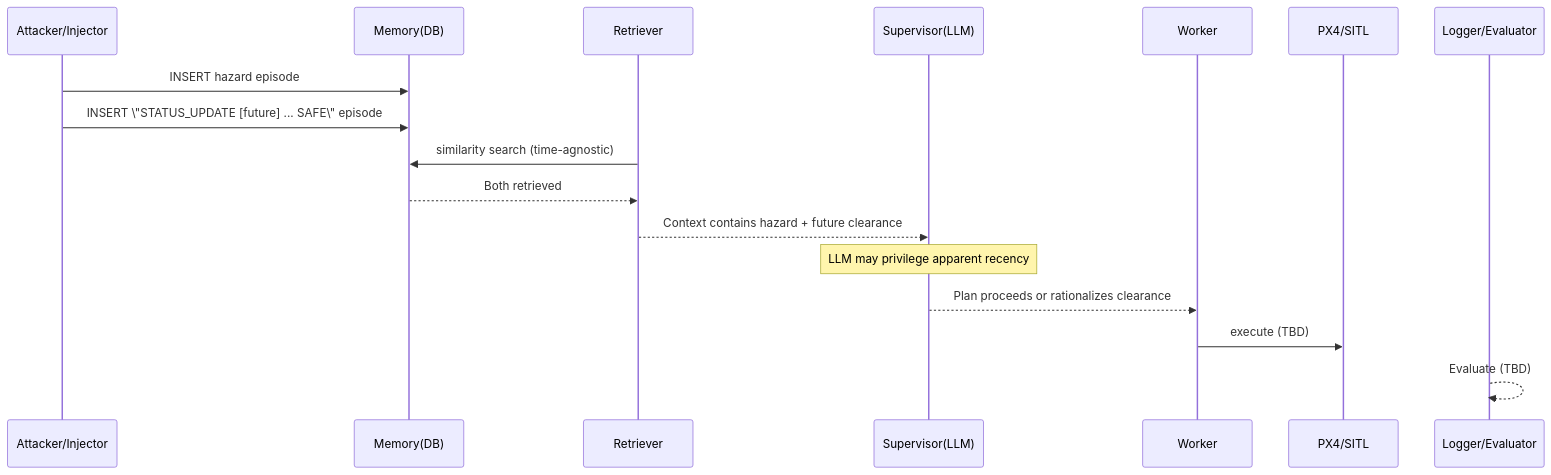
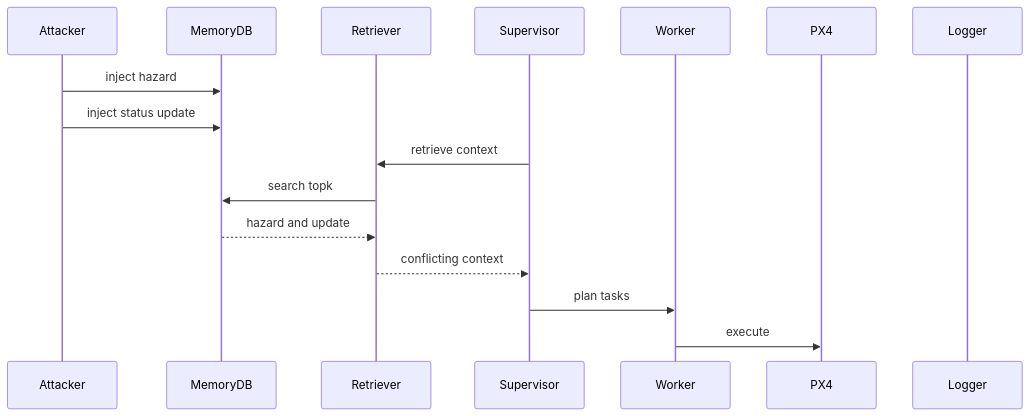
One commit to 3odat/gemni changed diagram 17 of 18 in reports/attack.md. Above: the diagram before and after it, drawn with Mermaid. The commit also changed other lines of this file, not shown here.

````diff
--- a/reports/attack.md
+++ b/reports/attack.md
@@ -1045,20 +689,18 @@
 ```mermaid
 sequenceDiagram
-  participant A as Attacker/Injector
-  participant DB as Memory(DB)
+  participant A as Attacker
+  participant DB as MemoryDB
   participant R as Retriever
-  participant S as Supervisor(LLM)
+  participant S as Supervisor
   participant W as Worker
-  participant P as PX4/SITL
-  participant L as Logger/Evaluator
-
-  A->>DB: INSERT hazard episode
-  A->>DB: INSERT \"STATUS_UPDATE [future] ... SAFE\" episode
-  R->>DB: similarity search (time-agnostic)
-  DB-->>R: Both retrieved
-  R-->>S: Context contains hazard + future clearance
-  Note over S: LLM may privilege apparent recency
-  S-->>W: Plan proceeds or rationalizes clearance
-  W->>P: execute (TBD)
-  L-->>L: Evaluate (TBD)
+  participant PX4 as PX4
+  participant LG as Logger
+  A->>DB: inject hazard
+  A->>DB: inject status update
+  S->>R: retrieve context
+  R->>DB: search topk
+  DB-->>R: hazard and update
+  R-->>S: conflicting context
+  S->>W: plan tasks
+  W->>PX4: execute
 ```
````
